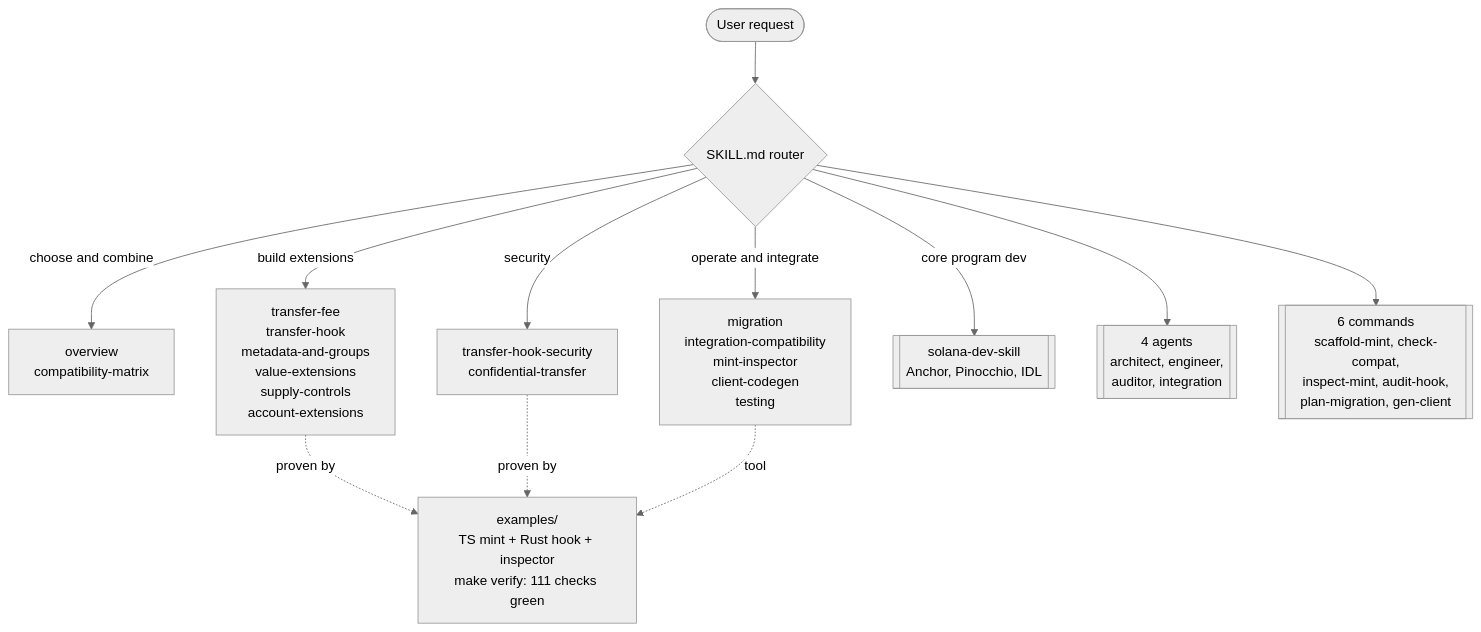
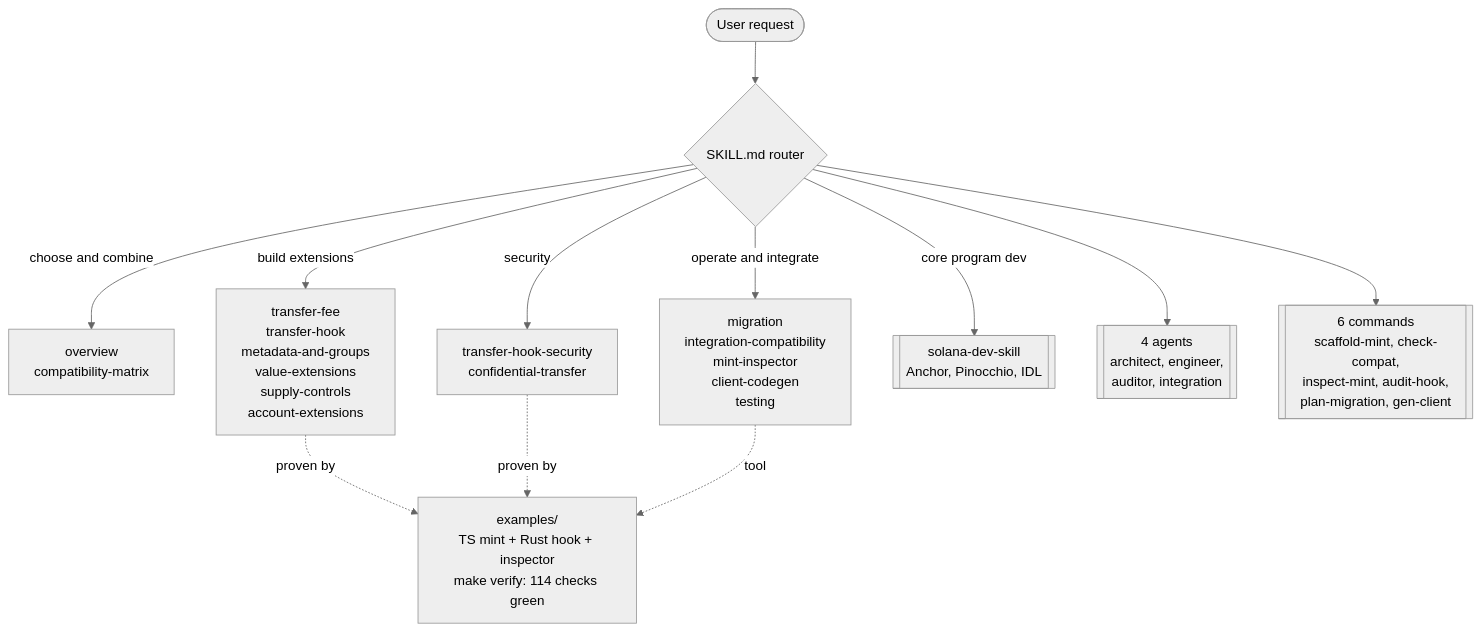
The diagram in README.md (Andy00L/solana-token-extensions-skill), drawn with Mermaid (neutral theme) before and after one commit. The commit also changed other lines of this file and 15 other files, not shown here.

First line of the commit message:
Add a runnable scored eval suite to the mint inspector

````diff
--- a/README.md
+++ b/README.md
@@ -21,14 +21,14 @@
 ```mermaid
 flowchart TD
     U([User request]) --> R{SKILL.md router}
     R -->|choose and combine| C["overview<br/>compatibility-matrix"]
     R -->|build extensions| B["transfer-fee<br/>transfer-hook<br/>metadata-and-groups<br/>value-extensions<br/>supply-controls<br/>account-extensions"]
     R -->|operate and integrate| O["migration<br/>integration-compatibility<br/>mint-inspector<br/>client-codegen<br/>testing"]
     R -->|security| S["transfer-hook-security<br/>confidential-transfer"]
     R -->|core program dev| CORE[["solana-dev-skill<br/>Anchor, Pinocchio, IDL"]]
     R --> AG[["4 agents<br/>architect, engineer,<br/>auditor, integration"]]
     R --> CMD[["6 commands<br/>scaffold-mint, check-compat,<br/>inspect-mint, audit-hook,<br/>plan-migration, gen-client"]]
-    B -.proven by.-> EX["examples/<br/>TS mint + Rust hook + inspector<br/>make verify: 111 checks green"]
+    B -.proven by.-> EX["examples/<br/>TS mint + Rust hook + inspector<br/>make verify: 114 checks green"]
     S -.proven by.-> EX
     O -.tool.-> EX
 ```
````
